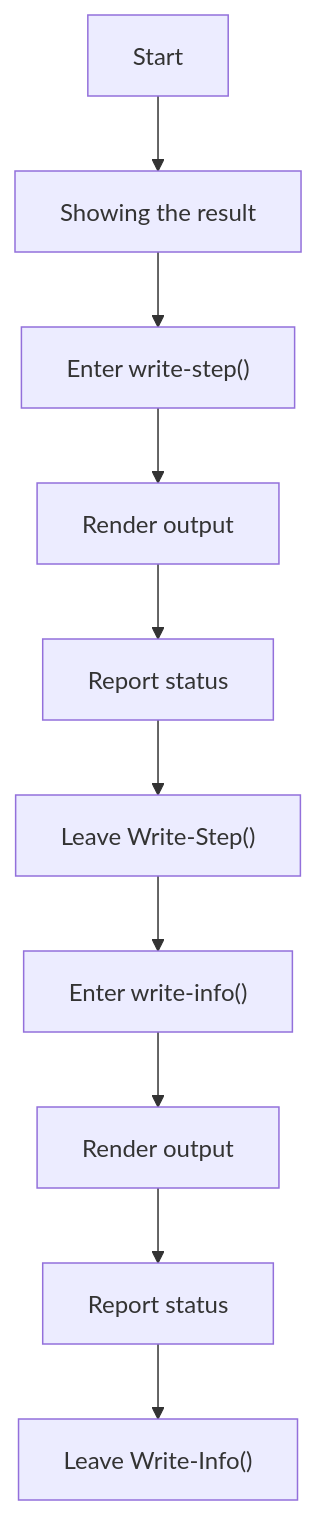
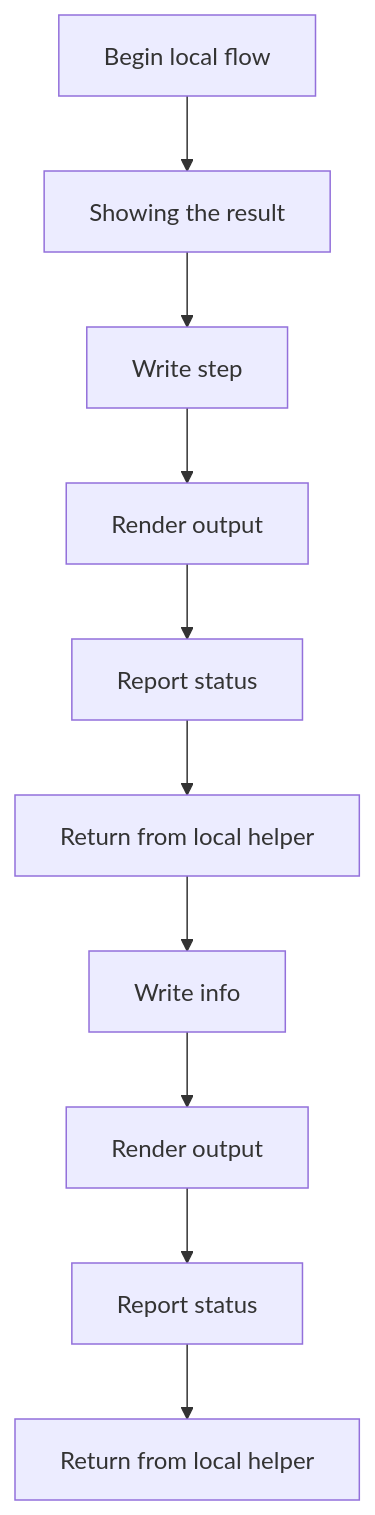
The first of 8 diagrams in docs/Codebase/Infrastructure/session-orchestration/bootstrap_and_deploy/bootstrap_and_deploy_program_flow_01.ps1.md (JohnAndrewBalbarosa/NeoTerritory), drawn with Mermaid before and after one commit. The commit also changed other lines of this file and 925 other files, not shown here.

````diff
--- a/docs/Codebase/Infrastructure/session-orchestration/bootstrap_and_deploy/bootstrap_and_deploy_program_flow_01.ps1.md
+++ b/docs/Codebase/Infrastructure/session-orchestration/bootstrap_and_deploy/bootstrap_and_deploy_program_flow_01.ps1.md
@@ -10,22 +10,22 @@
 ```mermaid
 flowchart TD
-    N0["Start"]
+    N0["Begin local flow"]
     N1["Showing the result"]
-    N2["Enter write-step()"]
+    N2["Write step"]
     N3["Render output"]
     N4["Report status"]
-    N5["Leave Write-Step()"]
-    N6["Enter write-info()"]
+    N5["Return from local helper"]
+    N6["Write info"]
     N7["Render output"]
     N8["Report status"]
-    N9["Leave Write-Info()"]
+    N9["Return from local helper"]
     N0 --> N1
     N1 --> N2
     N2 --> N3
     N3 --> N4
     N4 --> N5
     N5 --> N6
     N6 --> N7
     N7 --> N8
     N8 --> N9
 ```
````
